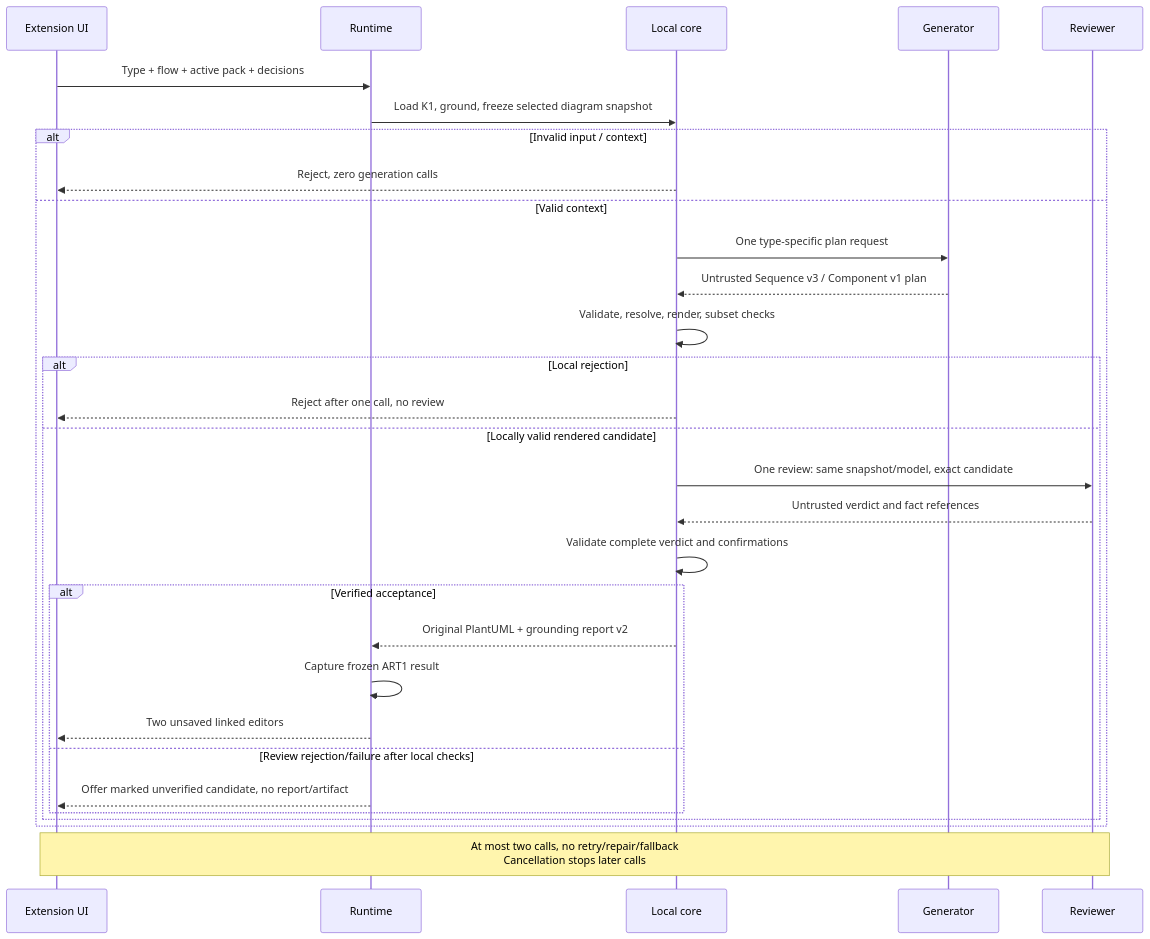
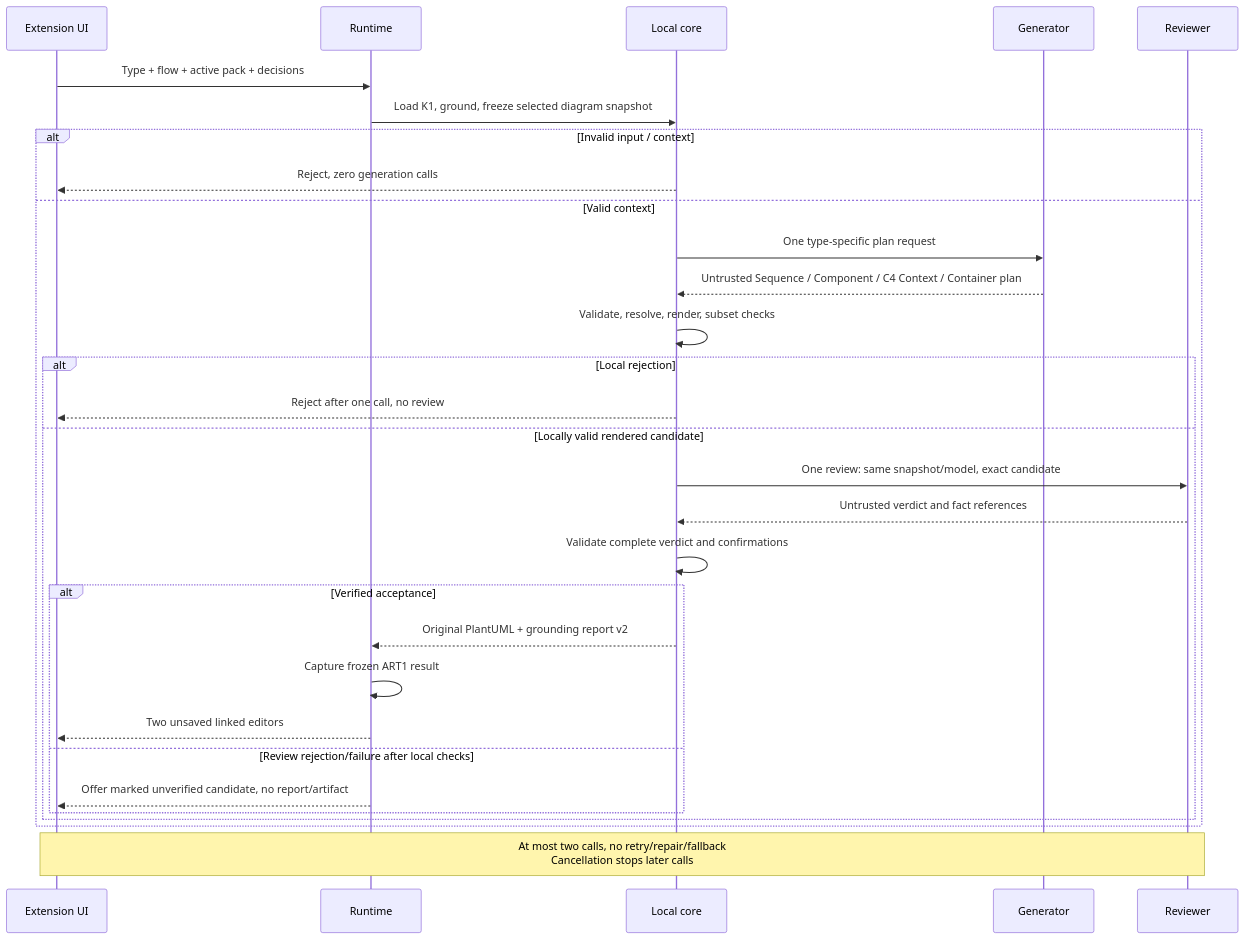
One commit to Setech-pl/archi-agent changed the fourth of 6 diagrams in docs/architecture.md. Above: the diagram before and after it, drawn with Mermaid. The commit also changed other lines of this file and 56 other files, not shown here.

````diff
--- a/docs/architecture.md
+++ b/docs/architecture.md
@@ -120,32 +128,32 @@
 ```mermaid
 sequenceDiagram
   participant UI as Extension UI
   participant R as Runtime
   participant Core as Local core
   participant G as Generator
   participant V as Reviewer
   UI->>R: Type + flow + active pack + decisions
   R->>Core: Load K1, ground, freeze selected diagram snapshot
   alt Invalid input / context
   Core-->>UI: Reject, zero generation calls
   else Valid context
   Core->>G: One type-specific plan request
-  G-->>Core: Untrusted Sequence v3 / Component v1 plan
+  G-->>Core: Untrusted Sequence / Component / C4 Context / Container plan
   Core->>Core: Validate, resolve, render, subset checks
   alt Local rejection
   Core-->>UI: Reject after one call, no review
   else Locally valid rendered candidate
   Core->>V: One review: same snapshot/model, exact candidate
   V-->>Core: Untrusted verdict and fact references
   Core->>Core: Validate complete verdict and confirmations
   alt Verified acceptance
   Core-->>R: Original PlantUML + grounding report v2
   R->>R: Capture frozen ART1 result
   R-->>UI: Two unsaved linked editors
   else Review rejection/failure after local checks
   R-->>UI: Offer marked unverified candidate, no report/artifact
   end
   end
   end
   Note over UI,V: At most two calls, no retry/repair/fallback<br/>Cancellation stops later calls
 ```
````
